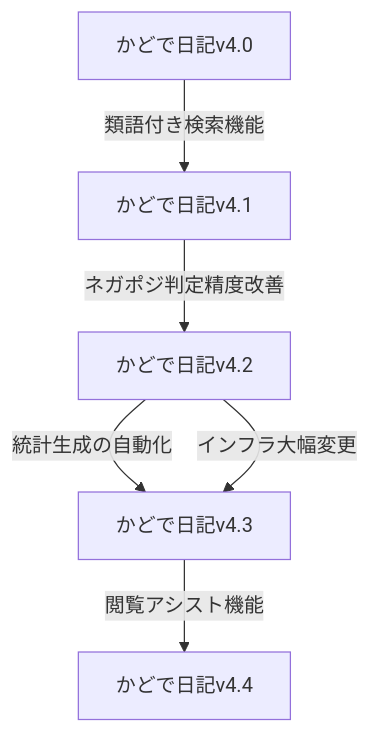
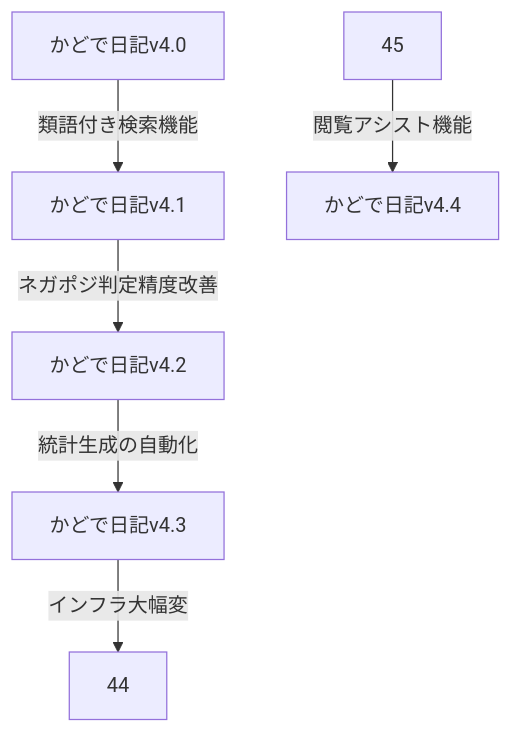
The diagram in docs/ROADMAP/v4.md (KadodeProject/kadode_nikki3), drawn with Mermaid before and after one commit. The commit also changed 4 other files, not shown here.

````diff
--- a/docs/ROADMAP/v4.md
+++ b/docs/ROADMAP/v4.md
@@ -1,9 +1,9 @@
 ```mermaid
 flowchart TD
-    B[かどで日記v4.0]
-    B-->|類語付き検索機能|C[かどで日記v4.1]
-    C-->|ネガポジ判定精度改善|D[かどで日記v4.2]
-    D-->|統計生成の自動化|E[かどで日記v4.3]
-    D-->|インフラ大幅変更|E
-    E-->|閲覧アシスト機能|F[かどで日記v4.4]
+    40[かどで日記v4.0]
+    40-->|類語付き検索機能|41[かどで日記v4.1]
+    41-->|ネガポジ判定精度改善|42[かどで日記v4.2]
+    42-->|統計生成の自動化|43[かどで日記v4.3]
+    43-->|インフラ大幅変|44
+    45-->|閲覧アシスト機能|46[かどで日記v4.4]
 ```
````
